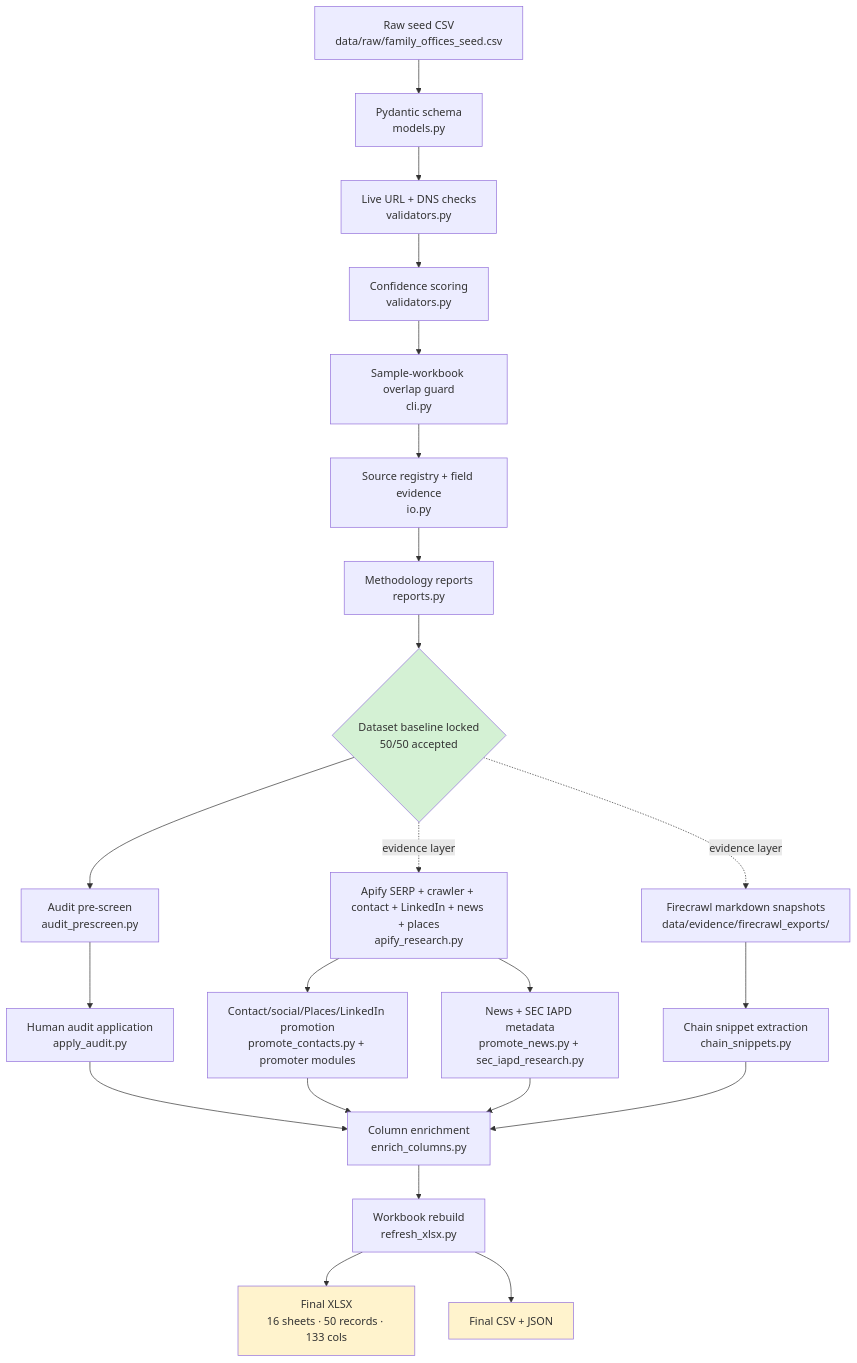
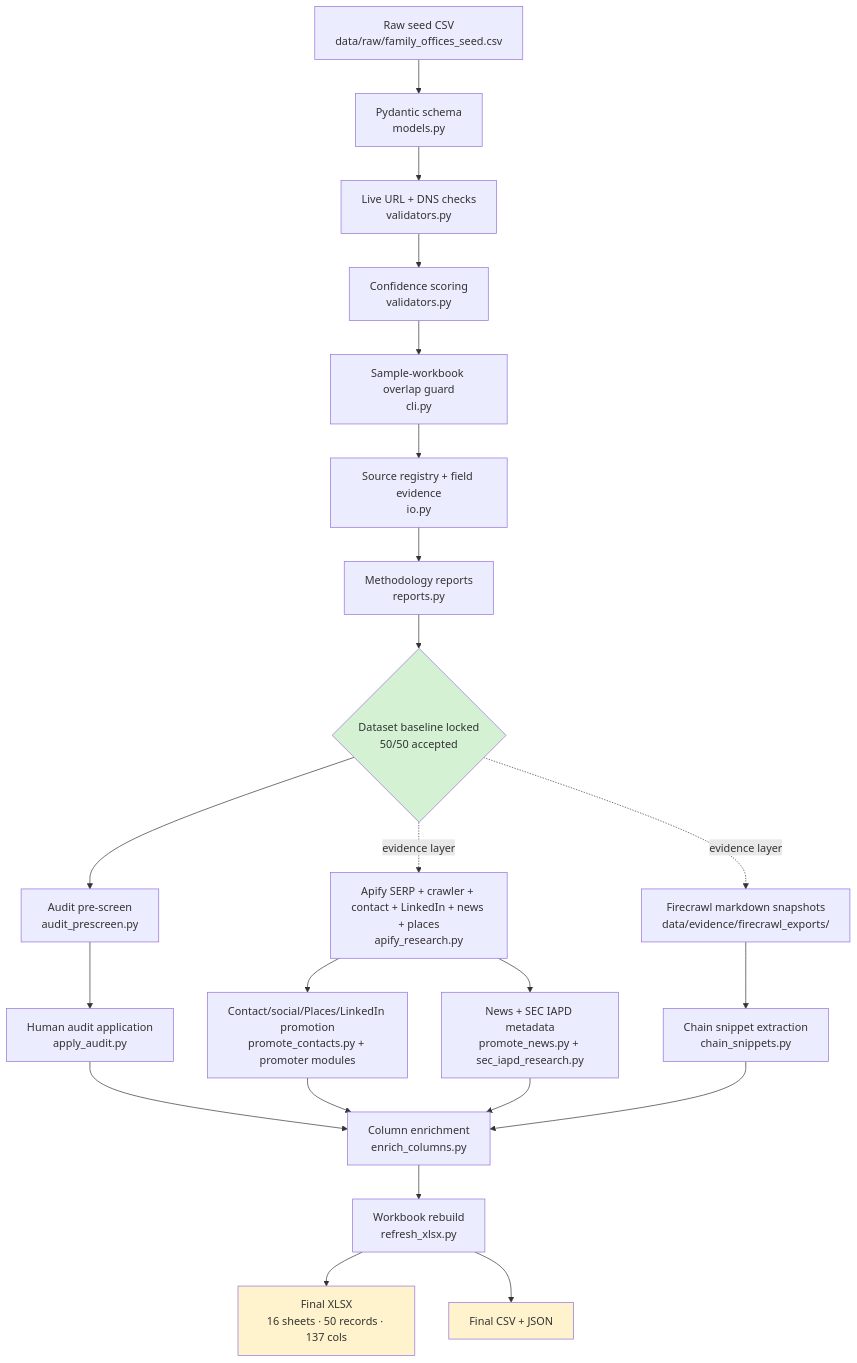
One commit to hassanasifai/polarity-fo-dataset-rag changed the first of 2 diagrams in README.md. Above: the diagram before and after it, drawn with Mermaid. The commit also changed other lines of this file and 61 other files, not shown here.

````diff
--- a/README.md
+++ b/README.md
@@ -37,33 +41,33 @@
 ```mermaid
 flowchart TD
     A[Raw seed CSV<br/>data/raw/family_offices_seed.csv] --> B[Pydantic schema<br/>models.py]
     B --> C[Live URL + DNS checks<br/>validators.py]
     C --> D[Confidence scoring<br/>validators.py]
     D --> E[Sample-workbook overlap guard<br/>cli.py]
     E --> F[Source registry + field evidence<br/>io.py]
     F --> G[Methodology reports<br/>reports.py]
     G --> H{Dataset baseline locked<br/>50/50 accepted}
 
     H --> I[Audit pre-screen<br/>audit_prescreen.py]
     I --> J[Human audit application<br/>apply_audit.py]
 
     H -.evidence layer.-> K[Apify SERP + crawler + contact + LinkedIn + news + places<br/>apify_research.py]
     H -.evidence layer.-> L[Firecrawl markdown snapshots<br/>data/evidence/firecrawl_exports/]
 
     K --> M[Contact/social/Places/LinkedIn promotion<br/>promote_contacts.py + promoter modules]
     L --> N[Chain snippet extraction<br/>chain_snippets.py]
     K --> O[News + SEC IAPD metadata<br/>promote_news.py + sec_iapd_research.py]
 
     J --> P[Column enrichment<br/>enrich_columns.py]
     M --> P
     N --> P
     O --> P
 
     P --> Q[Workbook rebuild<br/>refresh_xlsx.py]
-    Q --> R[Final XLSX<br/>16 sheets · 50 records · 133 cols]
+    Q --> R[Final XLSX<br/>16 sheets · 50 records · 137 cols]
     Q --> S[Final CSV + JSON]
 
     style H fill:#d4f1d4
     style R fill:#fff3cd
     style S fill:#fff3cd
 ```
````
